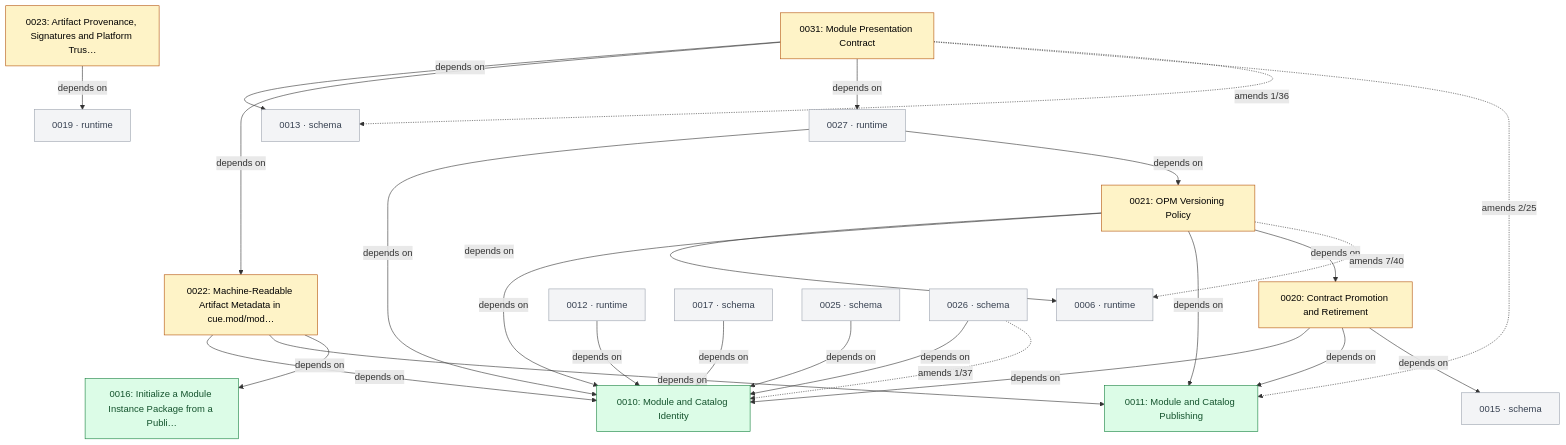
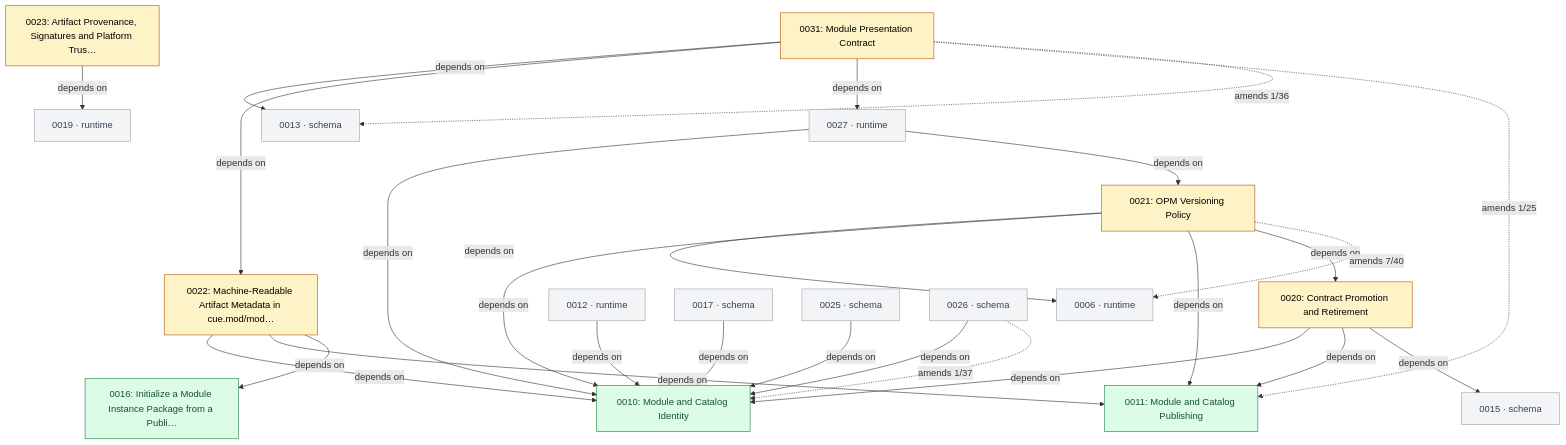
One commit to open-platform-model/enhancements changed the fourth of 6 diagrams in GRAPH.md. Above: the diagram before and after it, drawn with Mermaid.

Commit message:
docs(graph): regenerate GRAPH for the 0031 amends change

````diff
--- a/GRAPH.md
+++ b/GRAPH.md
@@ -149,54 +149,54 @@
 ```mermaid
 graph TD
   classDef draft       fill:#fef3c7,stroke:#b45309,color:#000
   classDef accepted    fill:#dbeafe,stroke:#1d4ed8,color:#000
   classDef rejected    fill:#fee2e2,stroke:#b91c1c,color:#7f1d1d,stroke-dasharray:4 2
   classDef superseded  fill:#e5e7eb,stroke:#6b7280,color:#6b7280
   classDef delivered   fill:#dcfce7,stroke:#15803d,color:#14532d
   classDef legacy      fill:#fafafa,stroke:#9ca3af,color:#6b7280,stroke-dasharray:3 3
   classDef stub        fill:#f3f4f6,stroke:#9ca3af,color:#374151
   classDef category    fill:#ede9fe,stroke:#6d28d9,color:#000
 
   N0010["0010: Module and Catalog Identity"]:::delivered
   N0011["0011: Module and Catalog Publishing"]:::delivered
   N0016["0016: Initialize a Module Instance Package from a Publi…"]:::delivered
   N0020["0020: Contract Promotion and Retirement"]:::draft
   N0021["0021: OPM Versioning Policy"]:::draft
   N0022["0022: Machine-Readable Artifact Metadata in cue.mod/mod…"]:::draft
   N0023["0023: Artifact Provenance, Signatures and Platform Trus…"]:::draft
   N0031["0031: Module Presentation Contract"]:::draft
   N0006["0006 · runtime"]:::stub
   N0012["0012 · runtime"]:::stub
   N0013["0013 · schema"]:::stub
   N0015["0015 · schema"]:::stub
   N0017["0017 · schema"]:::stub
   N0019["0019 · runtime"]:::stub
   N0025["0025 · schema"]:::stub
   N0026["0026 · schema"]:::stub
   N0027["0027 · runtime"]:::stub
 
   N0012 -->|depends on| N0010
   N0017 -->|depends on| N0010
   N0020 -->|depends on| N0010
   N0020 -->|depends on| N0011
   N0020 -->|depends on| N0015
   N0021 -->|depends on| N0006
   N0021 -->|depends on| N0010
   N0021 -->|depends on| N0011
   N0021 -->|depends on| N0020
   N0022 -->|depends on| N0010
   N0022 -->|depends on| N0011
   N0022 -->|depends on| N0016
   N0023 -->|depends on| N0019
   N0025 -->|depends on| N0010
   N0026 -->|depends on| N0010
   N0027 -->|depends on| N0010
   N0027 -->|depends on| N0021
   N0031 -->|depends on| N0013
   N0031 -->|depends on| N0022
   N0031 -->|depends on| N0027
   N0021 -.->|amends 7/40| N0006
   N0026 -.->|amends 1/37| N0010
-  N0031 -.->|amends 2/25| N0011
+  N0031 -.->|amends 1/25| N0011
   N0031 -.->|amends 1/36| N0013
 ```
````
